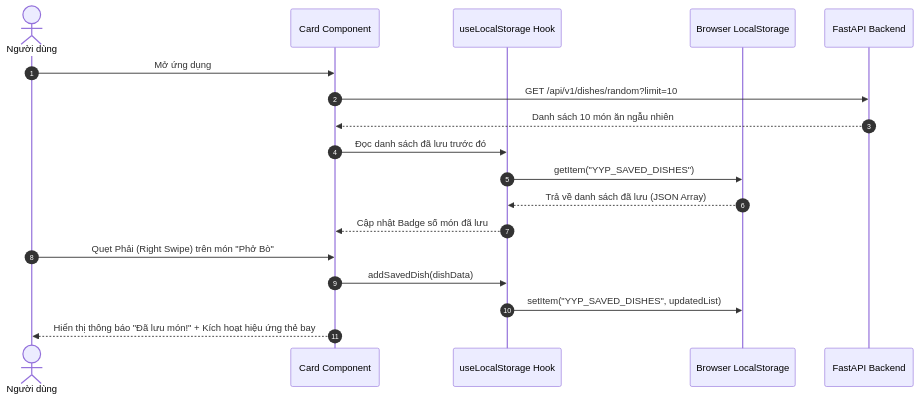
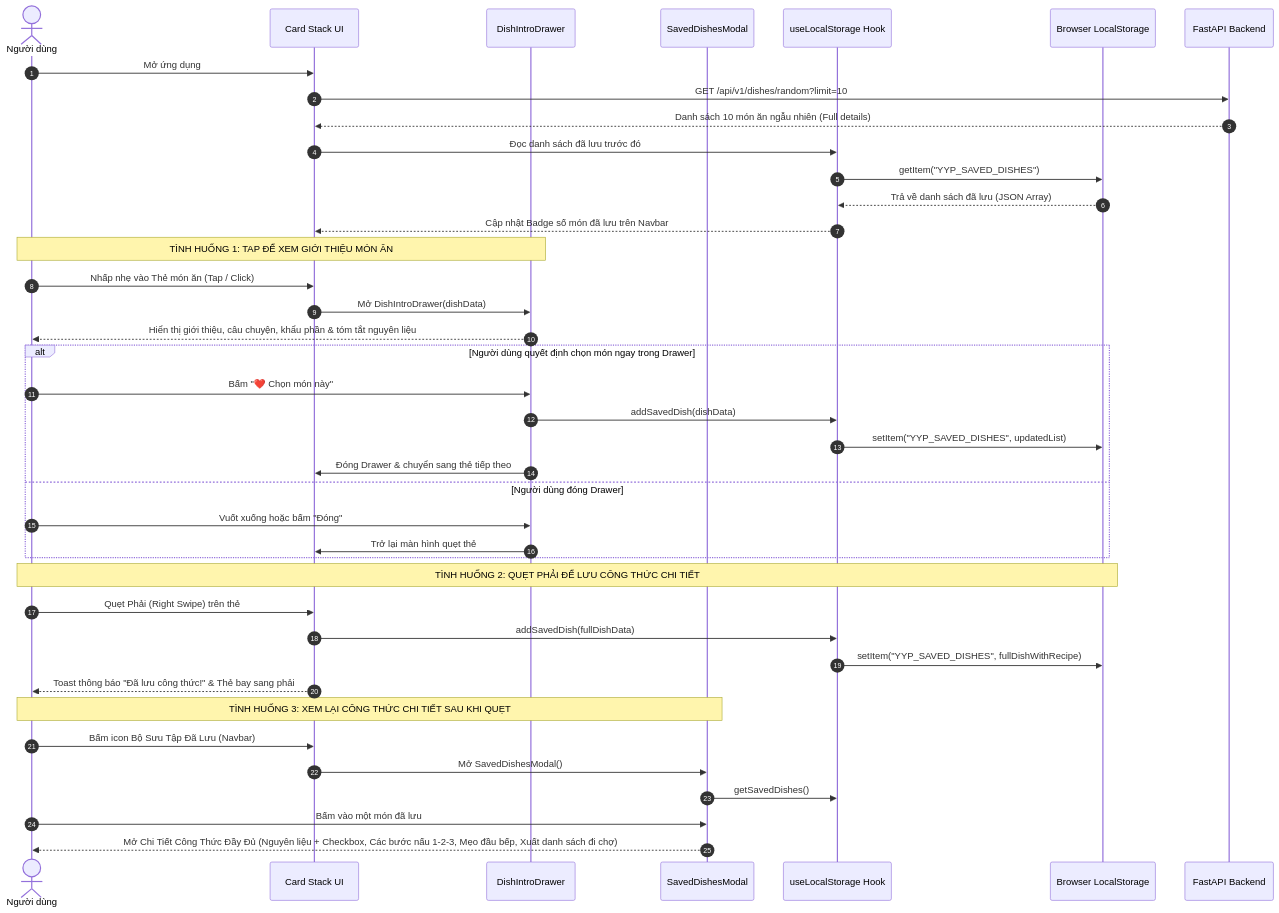
Before and after one commit to snowwminhduc1212/YumYumPick: the second of 3 diagrams in docs/02_SYSTEM_ARCHITECTURE_AND_DESIGN.md, drawn with Mermaid. The commit also changed other lines of this file and 7 other files, not shown here.

````diff
--- a/docs/02_SYSTEM_ARCHITECTURE_AND_DESIGN.md
+++ b/docs/02_SYSTEM_ARCHITECTURE_AND_DESIGN.md
@@ -98,22 +98,46 @@
 ```mermaid
 sequenceDiagram
     autonumber
     actor User as Người dùng
-    participant UI as Card Component
+    participant UI as Card Stack UI
+    participant Intro as DishIntroDrawer
+    participant Saved as SavedDishesModal
     participant Hook as useLocalStorage Hook
     participant Storage as Browser LocalStorage
     participant API as FastAPI Backend
 
     User->>UI: Mở ứng dụng
     UI->>API: GET /api/v1/dishes/random?limit=10
-    API-->>UI: Danh sách 10 món ăn ngẫu nhiên
+    API-->>UI: Danh sách 10 món ăn ngẫu nhiên (Full details)
     UI->>Hook: Đọc danh sách đã lưu trước đó
     Hook->>Storage: getItem("YYP_SAVED_DISHES")
     Storage-->>Hook: Trả về danh sách đã lưu (JSON Array)
-    Hook-->>UI: Cập nhật Badge số món đã lưu
-    
-    User->>UI: Quẹt Phải (Right Swipe) trên món "Phở Bò"
-    UI->>Hook: addSavedDish(dishData)
-    Hook->>Storage: setItem("YYP_SAVED_DISHES", updatedList)
-    UI-->>User: Hiển thị thông báo "Đã lưu món!" + Kích hoạt hiệu ứng thẻ bay
+    Hook-->>UI: Cập nhật Badge số món đã lưu trên Navbar
+
+    Note over User,Intro: TÌNH HUỐNG 1: TAP ĐỂ XEM GIỚI THIỆU MÓN ĂN
+    User->>UI: Nhấp nhẹ vào Thẻ món ăn (Tap / Click)
+    UI->>Intro: Mở DishIntroDrawer(dishData)
+    Intro-->>User: Hiển thị giới thiệu, câu chuyện, khẩu phần & tóm tắt nguyên liệu
+    alt Người dùng quyết định chọn món ngay trong Drawer
+        User->>Intro: Bấm "❤️ Chọn món này"
+        Intro->>Hook: addSavedDish(dishData)
+        Hook->>Storage: setItem("YYP_SAVED_DISHES", updatedList)
+        Intro->>UI: Đóng Drawer & chuyển sang thẻ tiếp theo
+    else Người dùng đóng Drawer
+        User->>Intro: Vuốt xuống hoặc bấm "Đóng"
+        Intro->>UI: Trở lại màn hình quẹt thẻ
+    end
+
+    Note over User,Storage: TÌNH HUỐNG 2: QUẸT PHẢI ĐỂ LƯU CÔNG THỨC CHI TIẾT
+    User->>UI: Quẹt Phải (Right Swipe) trên thẻ
+    UI->>Hook: addSavedDish(fullDishData)
+    Hook->>Storage: setItem("YYP_SAVED_DISHES", fullDishWithRecipe)
+    UI-->>User: Toast thông báo "Đã lưu công thức!" & Thẻ bay sang phải
+
+    Note over User,Saved: TÌNH HUỐNG 3: XEM LẠI CÔNG THỨC CHI TIẾT SAU KHI QUẸT
+    User->>UI: Bấm icon Bộ Sưu Tập Đã Lưu (Navbar)
+    UI->>Saved: Mở SavedDishesModal()
+    Saved->>Hook: getSavedDishes()
+    User->>Saved: Bấm vào một món đã lưu
+    Saved-->>User: Mở Chi Tiết Công Thức Đầy Đủ (Nguyên liệu + Checkbox, Các bước nấu 1-2-3, Mẹo đầu bếp, Xuất danh sách đi chợ)
 ```
````
